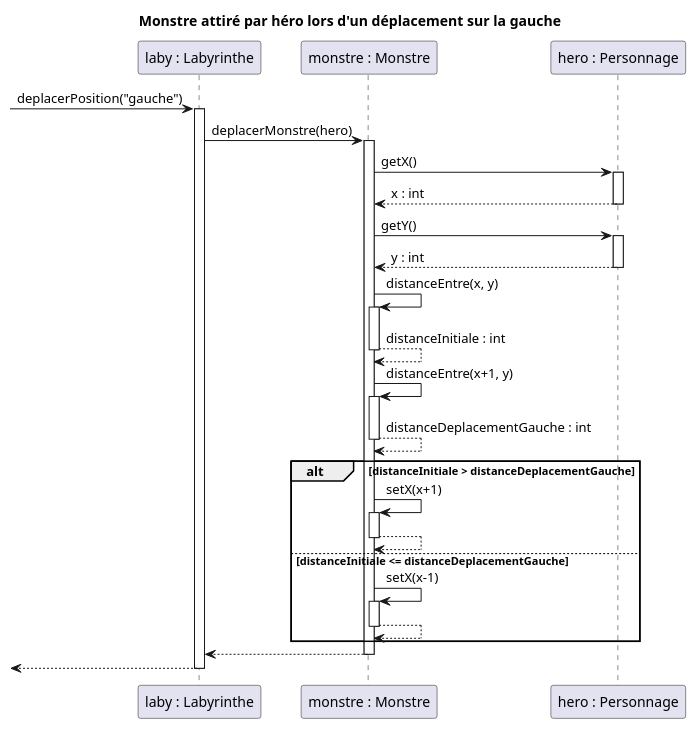
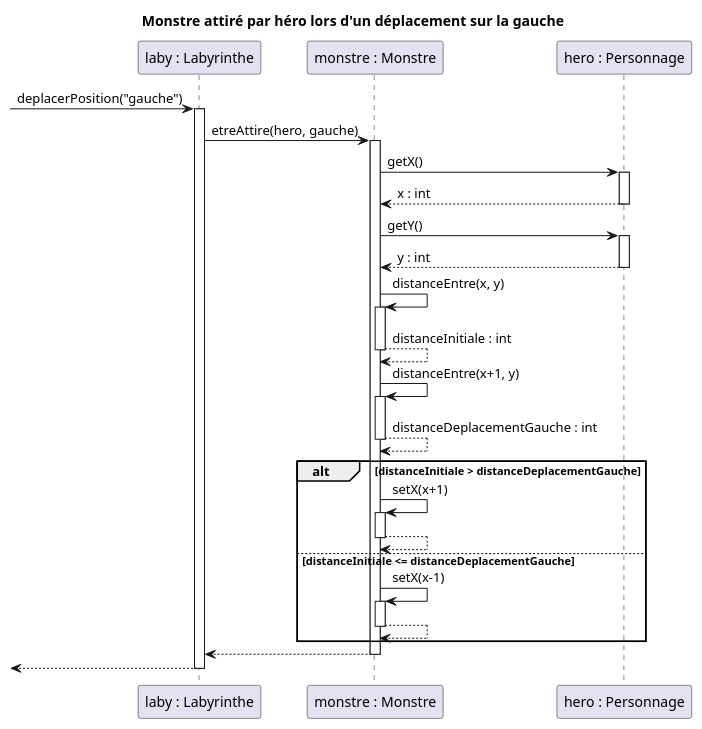
Before and after one commit to Hugo-COLLIN/BUT_INFO_S2_2022_Zeldiablo: the diagram in racine_depot/documents/version_3/AttirerParHero.puml, drawn with PlantUML. The commit also changed 2 other files, not shown here.

Commit message:
bilan + up uml

```diff
--- a/racine_depot/documents/version_3/AttirerParHero.puml
+++ b/racine_depot/documents/version_3/AttirerParHero.puml
@@ -1,52 +1,52 @@
 @startuml
 
 title "Monstre attiré par héro lors d'un déplacement sur la gauche"
 participant "laby : Labyrinthe" as laby
 participant "monstre : Monstre" as monstre
 participant "hero : Personnage" as hero
 
 -> laby : deplacerPosition("gauche")
 activate laby
 
-    laby -> monstre : deplacerMonstre(hero)
+    laby -> monstre : etreAttire(hero, gauche)
     activate monstre
 
         monstre -> hero : getX()
         activate hero
         monstre <-- hero : x : int
         deactivate hero
 
         monstre -> hero : getY()
         activate hero
         monstre <-- hero : y : int
         deactivate hero
 
         monstre -> monstre : distanceEntre(x, y)
         activate monstre
         monstre --> monstre : distanceInitiale : int
         deactivate monstre
 
         monstre -> monstre : distanceEntre(x+1, y)
         activate monstre
         monstre --> monstre : distanceDeplacementGauche : int
         deactivate monstre
 
         alt distanceInitiale > distanceDeplacementGauche
             monstre -> monstre : setX(x+1)
             activate monstre
             monstre --> monstre
             deactivate monstre
         else distanceInitiale <= distanceDeplacementGauche
             monstre -> monstre : setX(x-1)
             activate monstre
             monstre --> monstre
             deactivate monstre
         end
 
     laby <-- monstre
     deactivate monstre
 
 <-- laby
 deactivate laby
 
 @enduml
```
